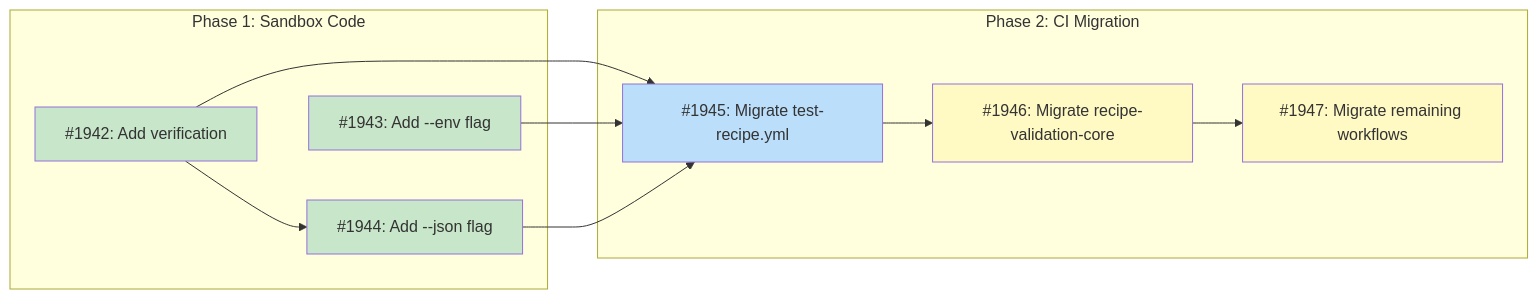
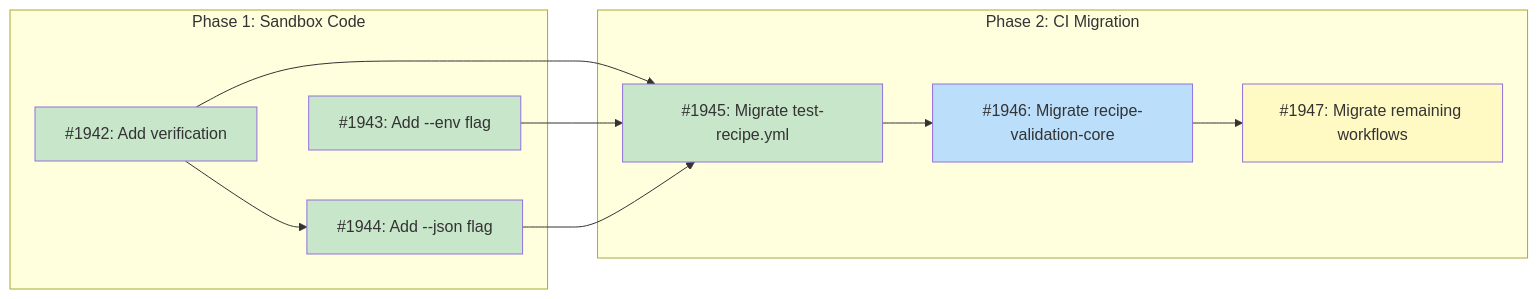
One commit to tsukumogami/tsuku changed the diagram in docs/designs/DESIGN-sandbox-ci-integration.md. Above: the diagram before and after it, drawn with Mermaid. The commit also changed other lines of this file and 6 other files, not shown here.

````diff
--- a/docs/designs/DESIGN-sandbox-ci-integration.md
+++ b/docs/designs/DESIGN-sandbox-ci-integration.md
@@ -59,33 +59,34 @@
 ```mermaid
 graph LR
     subgraph Phase1["Phase 1: Sandbox Code"]
         I1942["#1942: Add verification"]
         I1943["#1943: Add --env flag"]
         I1944["#1944: Add --json flag"]
     end
 
     subgraph Phase2["Phase 2: CI Migration"]
         I1945["#1945: Migrate test-recipe.yml"]
         I1946["#1946: Migrate recipe-validation-core"]
         I1947["#1947: Migrate remaining workflows"]
     end
 
     I1942 --> I1944
     I1942 --> I1945
     I1943 --> I1945
     I1944 --> I1945
     I1945 --> I1946
     I1946 --> I1947
 
     classDef done fill:#c8e6c9
     classDef ready fill:#bbdefb
     classDef blocked fill:#fff9c4
     classDef needsDesign fill:#e1bee7
     classDef tracksDesign fill:#FFE0B2,stroke:#F57C00,color:#000
 
     class I1942 done
     class I1943 done
     class I1944 done
-    class I1945 ready
-    class I1946,I1947 blocked
+    class I1945 done
+    class I1946 ready
+    class I1947 blocked
 ```
````
